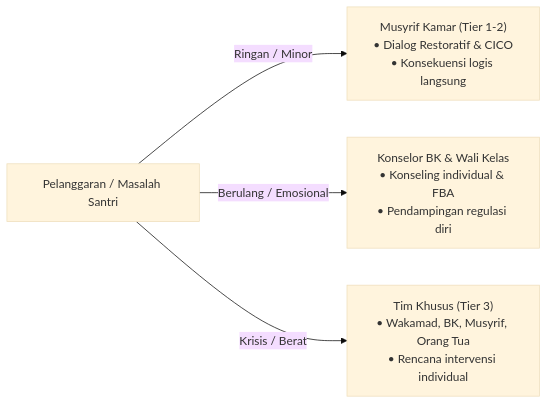
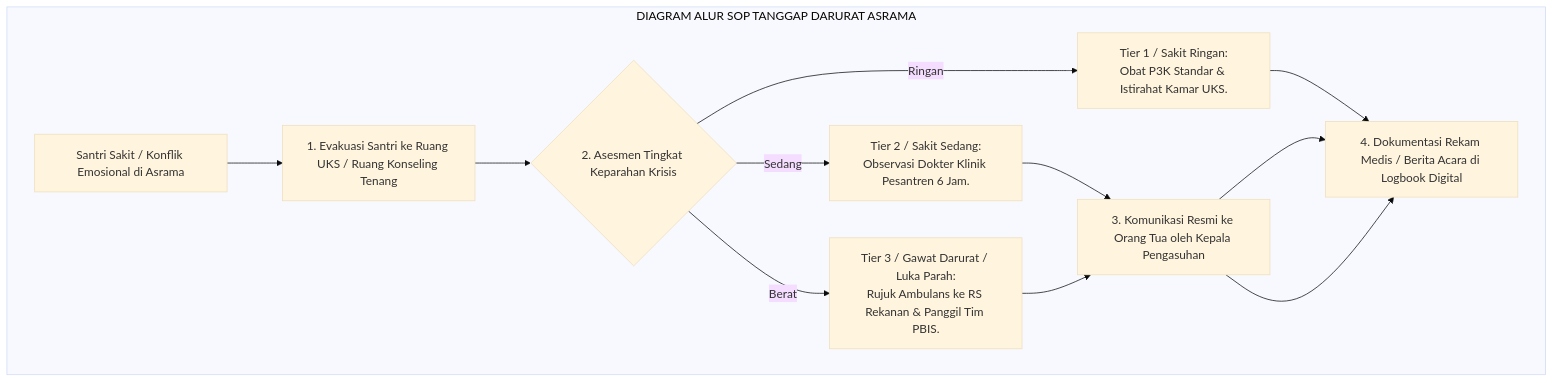
The sixth of 7 diagrams in 02 Principles/02 Design Principles/P2-02-03-Prinsip-Desain-SOP-dan-Alur-Kerja-Musyrif.md (wandiapriliyandi/tumbuh), drawn with Mermaid (base theme) before and after one commit. The commit also changed other lines of this file and 42 other files, not shown here.

````diff
--- a/02 Principles/02 Design Principles/P2-02-03-Prinsip-Desain-SOP-dan-Alur-Kerja-Musyrif.md
+++ b/02 Principles/02 Design Principles/P2-02-03-Prinsip-Desain-SOP-dan-Alur-Kerja-Musyrif.md
@@ -32,8 +238,23 @@
 ```mermaid
-graph LR
-    Kasus["Pelanggaran / Masalah Santri"]
-    
-    Kasus -->|Ringan / Minor| M["Musyrif Kamar (Tier 1-2)<br/>• Dialog Restoratif & CICO<br/>• Konsekuensi logis langsung"]
-    Kasus -->|Berulang / Emosional| BK["Konselor BK & Wali Kelas<br/>• Konseling individual & FBA<br/>• Pendampingan regulasi diri"]
-    Kasus -->|Krisis / Berat| T3["Tim Khusus (Tier 3)<br/>• Wakamad, BK, Musyrif, Orang Tua<br/>• Rencana intervensi individual"]
+graph TD
+    subgraph AlurPenangananKrisisTerpadu["DIAGRAM ALUR SOP TANGGAP DARURAT ASRAMA"]
+        Start["Santri Sakit / Konflik Emosional di Asrama"]
+        
+        Isolasi["1. Evakuasi Santri ke Ruang UKS / Ruang Konseling Tenang"]
+        
+        Asesmen{"2. Asesmen Tingkat Keparahan Krisis"}
+        
+        Ringan["Tier 1 / Sakit Ringan:<br/>Obat P3K Standar & Istirahat Kamar UKS."]
+        Sedang["Tier 2 / Sakit Sedang:<br/>Observasi Dokter Klinik Pesantren 6 Jam."]
+        Berat["Tier 3 / Gawat Darurat / Luka Parah:<br/>Rujuk Ambulans ke RS Rekanan & Panggil Tim PBIS."]
+        
+        KomunikasiWali["3. Komunikasi Resmi ke Orang Tua oleh Kepala Pengasuhan"]
+        
+        Pencatatan["4. Dokumentasi Rekam Medis / Berita Acara di Logbook Digital"]
+        
+        Start --> Isolasi --> Asesmen
+        Asesmen -->|Ringan| Ringan --> Pencatatan
+        Asesmen -->|Sedang| Sedang --> KomunikasiWali --> Pencatatan
+        Asesmen -->|Berat| Berat --> KomunikasiWali --> Pencatatan
+    end
 ```
````
